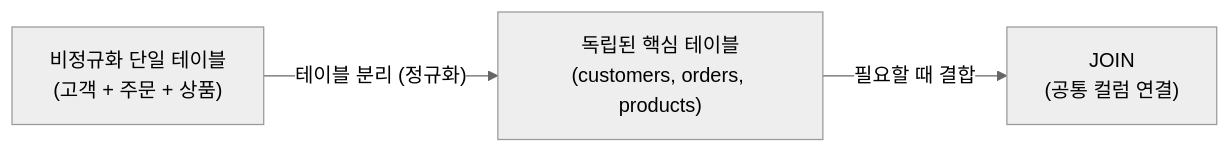
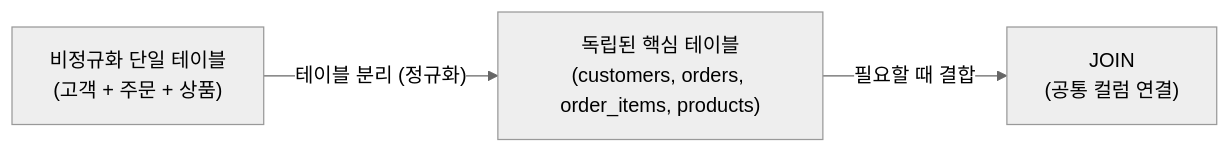
The first of 6 diagrams in sec08/08_01_join_guide.md (postforty/kor-dbms-class), drawn with Mermaid (neutral theme) before and after one commit. The commit also changed other lines of this file, not shown here.

First line of the commit message:
docs: 조인 실습 가이드 정규화 예시 및 4대 핵심 테이블 구조 일치화

````diff
--- a/sec08/08_01_join_guide.md
+++ b/sec08/08_01_join_guide.md
@@ -44,5 +77,5 @@
 ```mermaid
 flowchart LR
-    A["비정규화 단일 테이블<br/>(고객 + 주문 + 상품)"] -->|"테이블 분리 (정규화)"| B["독립된 핵심 테이블<br/>(customers, orders, products)"]
+    A["비정규화 단일 테이블<br/>(고객 + 주문 + 상품)"] -->|"테이블 분리 (정규화)"| B["독립된 핵심 테이블<br/>(customers, orders, order_items, products)"]
     B -->|"필요할 때 결합"| C["JOIN<br/>(공통 컬럼 연결)"]
 ```
````
